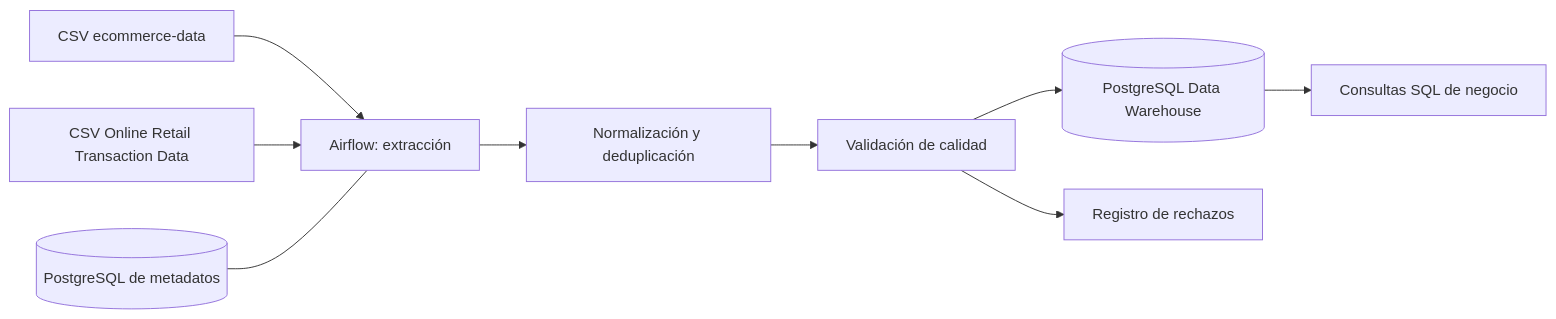
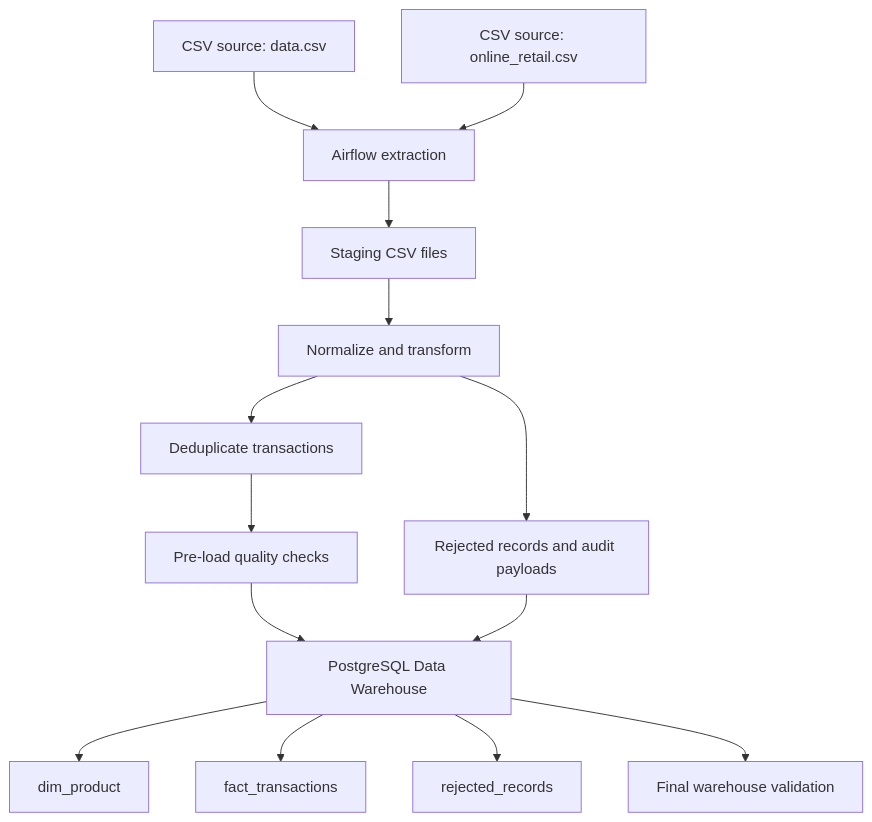
One commit to co12bg-design/DataMart-S.A.S.- changed the diagram in README.md. Above: the diagram before and after it, drawn with Mermaid. The commit also changed other lines of this file, not shown here.

````diff
--- a/README.md
+++ b/README.md
@@ -9,11 +37,16 @@
 ```mermaid
-flowchart LR
-    A[CSV ecommerce-data] --> E[Airflow: extracción]
-    B[CSV Online Retail Transaction Data] --> E
-    E --> T[Normalización y deduplicación]
-    T --> Q[Validación de calidad]
-    Q --> W[(PostgreSQL Data Warehouse)]
-    Q --> R[Registro de rechazos]
-    W --> S[Consultas SQL de negocio]
-    M[(PostgreSQL de metadatos)] --- E
+flowchart TD
+    A[CSV source: data.csv] --> C[Airflow extraction]
+    B[CSV source: online_retail.csv] --> C
+    C --> D[Staging CSV files]
+    D --> E[Normalize and transform]
+    E --> F[Deduplicate transactions]
+    F --> G[Pre-load quality checks]
+    G --> H[PostgreSQL Data Warehouse]
+    E --> I[Rejected records and audit payloads]
+    I --> H
+    H --> J[dim_product]
+    H --> K[fact_transactions]
+    H --> L[rejected_records]
+    H --> M[Final warehouse validation]
 ```
````
